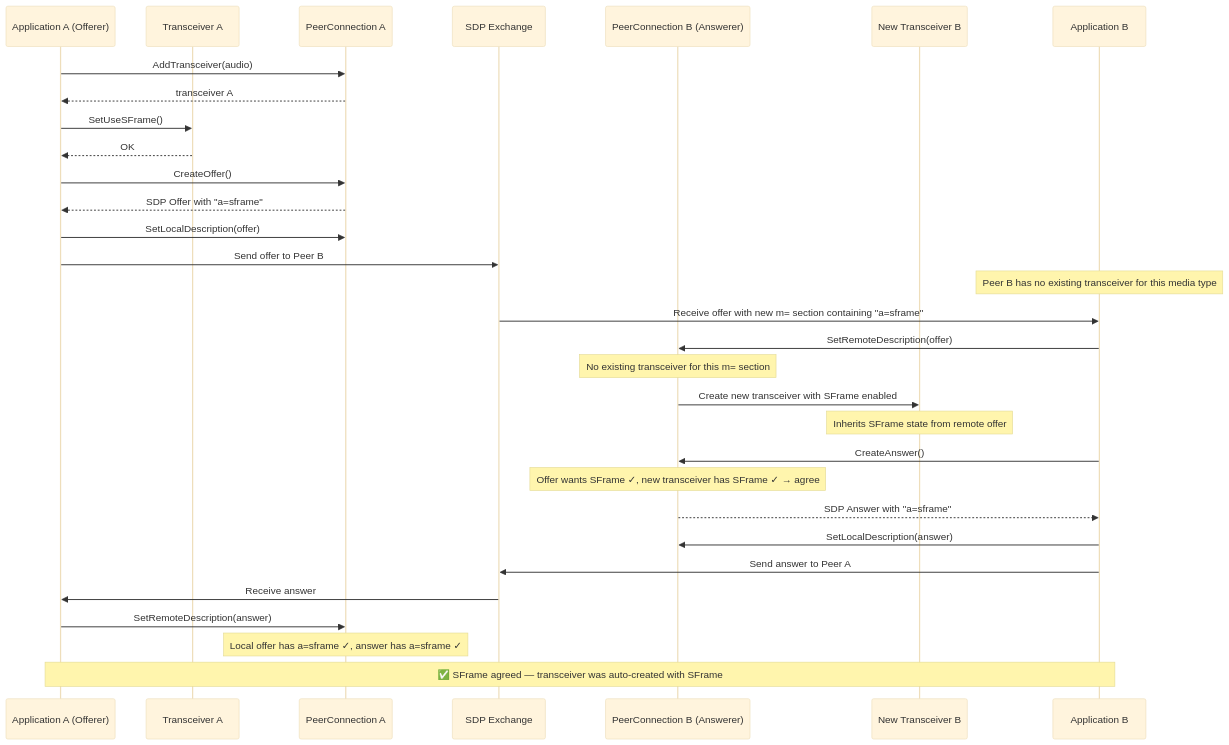
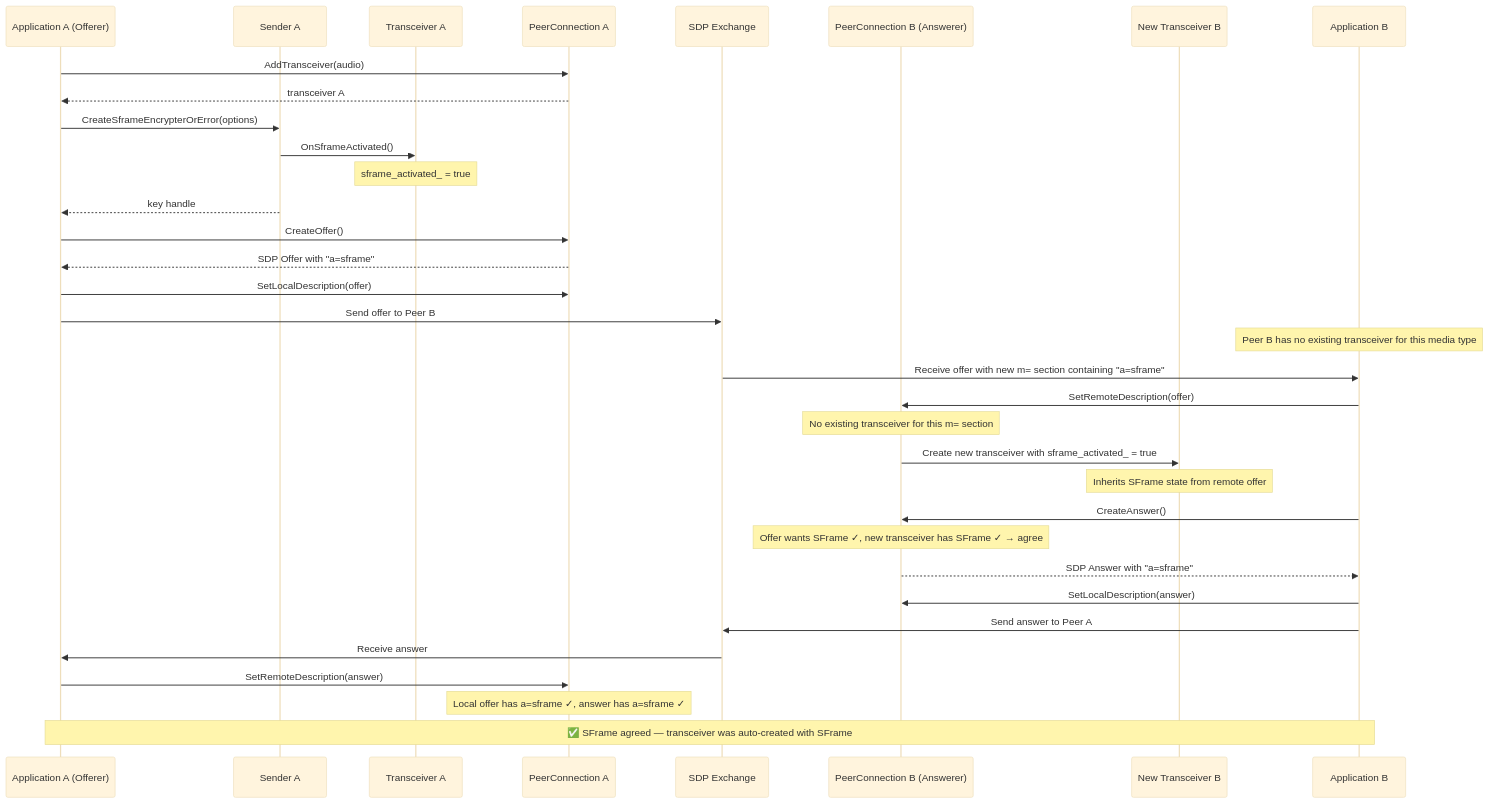
Before and after one commit to webex/webrtc-sframe: the fourth of 6 diagrams in negotiation.md, drawn with Mermaid (base theme). The commit also changed other lines of this file and 1 other file, not shown here.

````diff
--- a/negotiation.md
+++ b/negotiation.md
@@ -241,41 +256,45 @@
 ```mermaid
 sequenceDiagram
     participant AppA as Application A (Offerer)
+    participant SA as Sender A
     participant TA as Transceiver A
     participant PCA as PeerConnection A
     participant SDP as SDP Exchange
     participant PCB as PeerConnection B (Answerer)
     participant TB as New Transceiver B
     participant AppB as Application B
 
     AppA->>PCA: AddTransceiver(audio)
     PCA-->>AppA: transceiver A
-    AppA->>TA: SetUseSFrame()
-    TA-->>AppA: OK
+
+    AppA->>SA: CreateSframeEncrypterOrError(options)
+    SA->>TA: OnSframeActivated()
+    Note over TA: sframe_activated_ = true
+    SA-->>AppA: key handle
 
     AppA->>PCA: CreateOffer()
     PCA-->>AppA: SDP Offer with "a=sframe"
     AppA->>PCA: SetLocalDescription(offer)
     AppA->>SDP: Send offer to Peer B
 
     Note over AppB: Peer B has no existing transceiver for this media type
 
     SDP->>AppB: Receive offer with new m= section containing "a=sframe"
     AppB->>PCB: SetRemoteDescription(offer)
     Note over PCB: No existing transceiver for this m= section
-    PCB->>TB: Create new transceiver with SFrame enabled
+    PCB->>TB: Create new transceiver with sframe_activated_ = true
     Note over TB: Inherits SFrame state from remote offer
 
     AppB->>PCB: CreateAnswer()
     Note over PCB: Offer wants SFrame ✓, new transceiver has SFrame ✓ → agree
     PCB-->>AppB: SDP Answer with "a=sframe"
 
     AppB->>PCB: SetLocalDescription(answer)
     AppB->>SDP: Send answer to Peer A
 
     SDP->>AppA: Receive answer
     AppA->>PCA: SetRemoteDescription(answer)
     Note over PCA: Local offer has a=sframe ✓, answer has a=sframe ✓
 
     Note over AppA,AppB: ✅ SFrame agreed — transceiver was auto-created with SFrame
 ```
````
